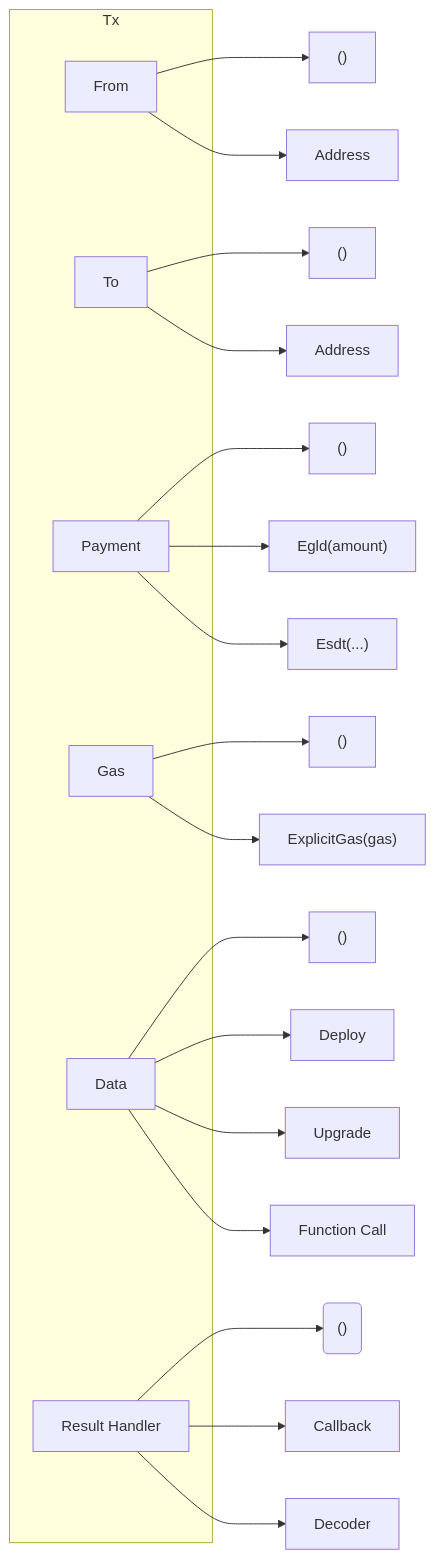
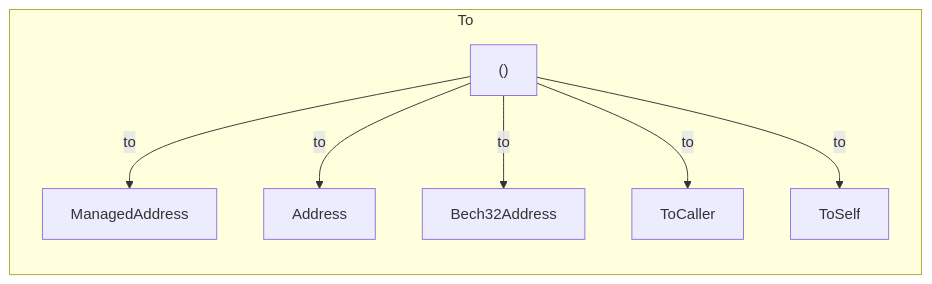
Before and after one commit to multiversx/mx-docs: the third of 8 diagrams in docs/developers/transactions/tx-overview.md, drawn with Mermaid. The commit also changed other lines of this file and 3 other files, not shown here.

````diff
--- a/docs/developers/transactions/tx-overview.md
+++ b/docs/developers/transactions/tx-overview.md
@@ -40,27 +161,11 @@
 ```mermaid
 graph LR
-    subgraph Tx
-        From
-        To
-        Payment
-        Gas
-        Data
-        rh[Result Handler]
+    subgraph To
+        to-unit["()"]
+        to-unit -->|to| to-man-address[ManagedAddress]
+        to-unit -->|to| to-address[Address]
+        to-unit -->|to| to-bech32[Bech32Address]
+        to-unit -->|to| to-caller[ToCaller]
+        to-unit -->|to| to-self[ToSelf]
     end
-    From --> from-unit["()"]
-    From --> from-address[Address]
-    To --> to-unit["()"]
-    To --> to-address[Address]
-    Payment --> payment-unit["()"]
-    Payment --> egld["Egld(amount)"]
-    Payment --> esdt["Esdt(...)"]
-    Gas --> gas-unit["()"]
-    Gas --> gas-explicit["ExplicitGas(gas)"]
-    Data --> data-unit["()"]
-    Data --> Deploy
-    Data --> Upgrade
-    Data --> fc[Function Call]
-    rh --> rh-unit("()")
-    rh --> Callback
-    rh --> Decoder
 ```
````
